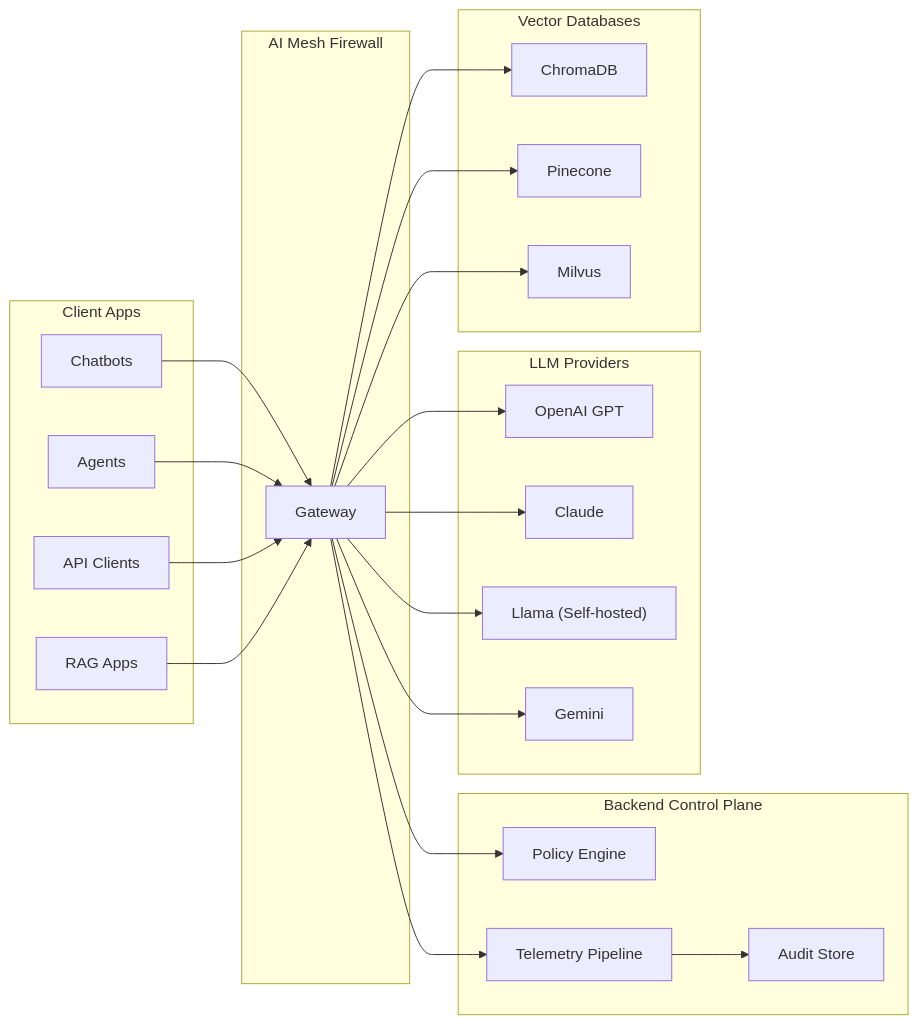
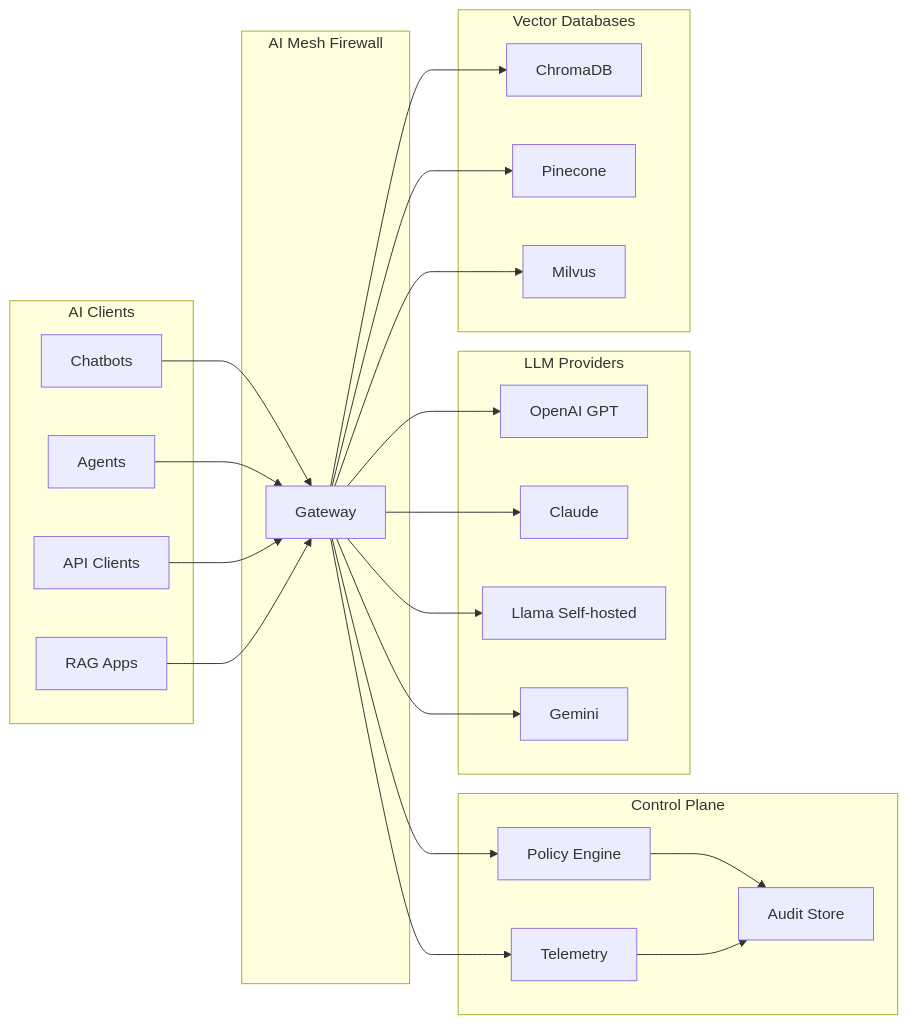
The second of 7 diagrams in README.md (vartulzeroshieldai/AIMeshFirewall), drawn with Mermaid before and after one commit. The commit also changed other lines of this file, not shown here.

````diff
--- a/README.md
+++ b/README.md
@@ -131,41 +121,40 @@
 ```mermaid
-flowchart LR
-    subgraph clients["Client Apps"]
-        chatUi["Chatbots"]
-        agents["Agents"]
-        apis["API Clients"]
-        ragApps["RAG Apps"]
+graph LR
+    subgraph clients["AI Clients"]
+        c1[Chatbots]
+        c2[Agents]
+        c3[API Clients]
+        c4[RAG Apps]
     end
 
-    subgraph gateway["AI Mesh Firewall"]
-        aiGateway["Gateway"]
+    subgraph firewall["AI Mesh Firewall"]
+        fw[Gateway]
     end
 
-    subgraph controlPlane["Backend Control Plane"]
-        policyPlane["Policy Engine"]
-        telemetryPlane["Telemetry Pipeline"]
-        auditStore["Audit Store"]
+    subgraph control["Control Plane"]
+        pol[Policy Engine]
+        tel[Telemetry]
+        audit[Audit Store]
+        pol --> audit
+        tel --> audit
     end
 
     subgraph models["LLM Providers"]
-        modelOpenAI["OpenAI GPT"]
-        modelClaude["Claude"]
-        modelLlama["Llama (Self-hosted)"]
-        modelGemini["Gemini"]
+        m1[OpenAI GPT]
+        m2[Claude]
+        m3[Llama Self-hosted]
+        m4[Gemini]
     end
 
     subgraph vectors["Vector Databases"]
-        vectorChroma["ChromaDB"]
-        vectorPinecone["Pinecone"]
-        vectorMilvus["Milvus"]
+        v1[ChromaDB]
+        v2[Pinecone]
+        v3[Milvus]
     end
 
-    chatUi & agents & apis & ragApps --> aiGateway
-
-    aiGateway --> policyPlane
-    aiGateway --> telemetryPlane
-    telemetryPlane --> auditStore
-
-    aiGateway --> modelOpenAI & modelClaude & modelLlama & modelGemini
-    aiGateway --> vectorChroma & vectorPinecone & vectorMilvus
+    c1 & c2 & c3 & c4 --> fw
+    fw --> pol
+    fw --> tel
+    fw --> m1 & m2 & m3 & m4
+    fw --> v1 & v2 & v3
 ```
````
